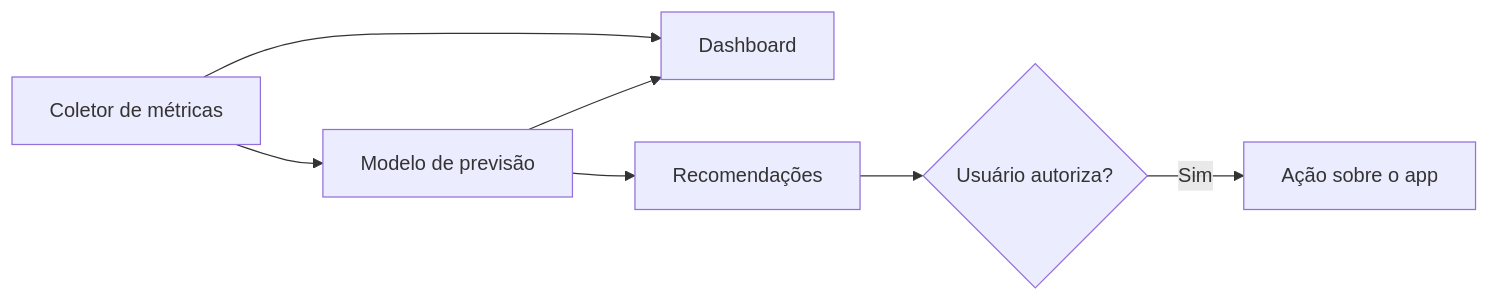
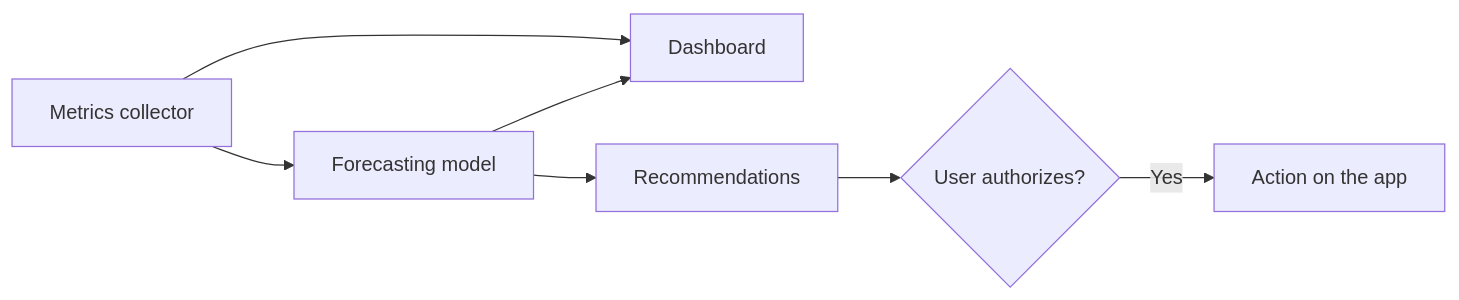
One commit to Filip3Owl/AppSlicerOS changed the diagram in README.md. Above: the diagram before and after it, drawn with Mermaid. The commit also changed other lines of this file and 1 other file, not shown here.

````diff
--- a/README.md
+++ b/README.md
@@ -54,9 +57,9 @@
 ```mermaid
 flowchart LR
-    A[Coletor de métricas] --> B[Modelo de previsão]
+    A[Metrics collector] --> B[Forecasting model]
     A --> C[Dashboard]
     B --> C
-    B --> D[Recomendações]
-    D --> E{Usuário autoriza?}
-    E -- Sim --> F[Ação sobre o app]
+    B --> D[Recommendations]
+    D --> E{User authorizes?}
+    E -- Yes --> F[Action on the app]
 ```
````
